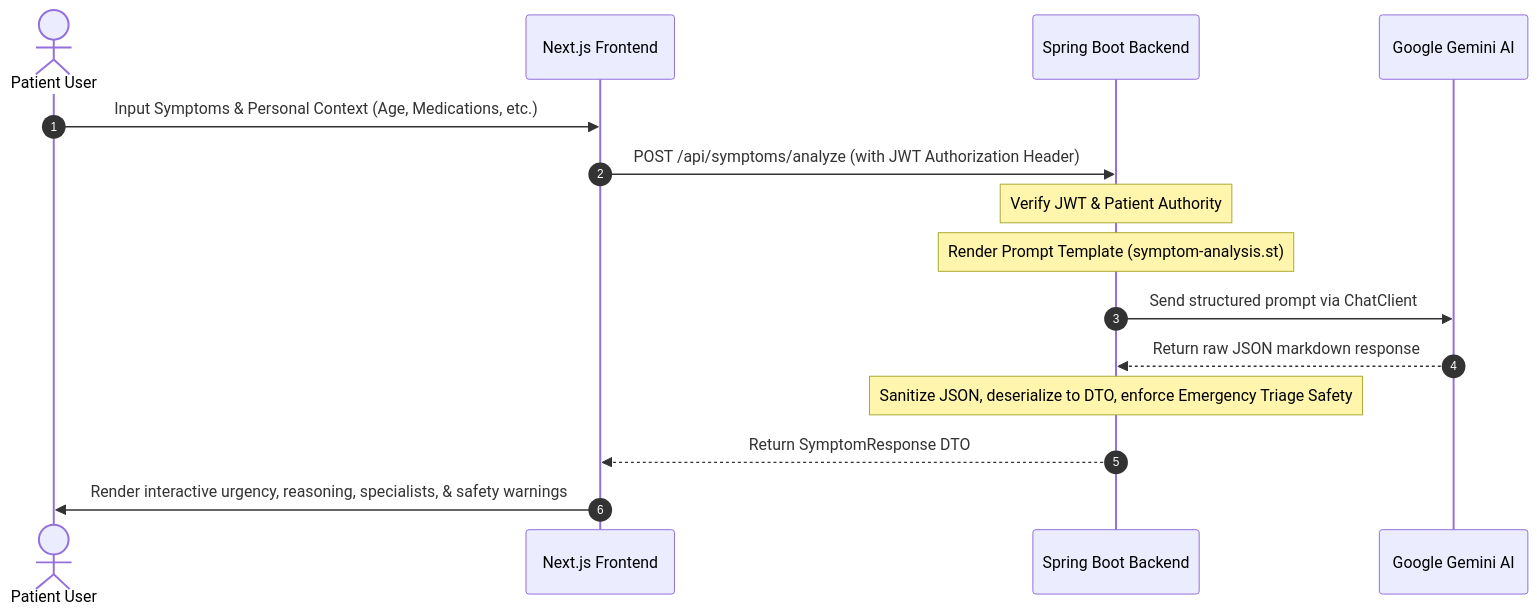
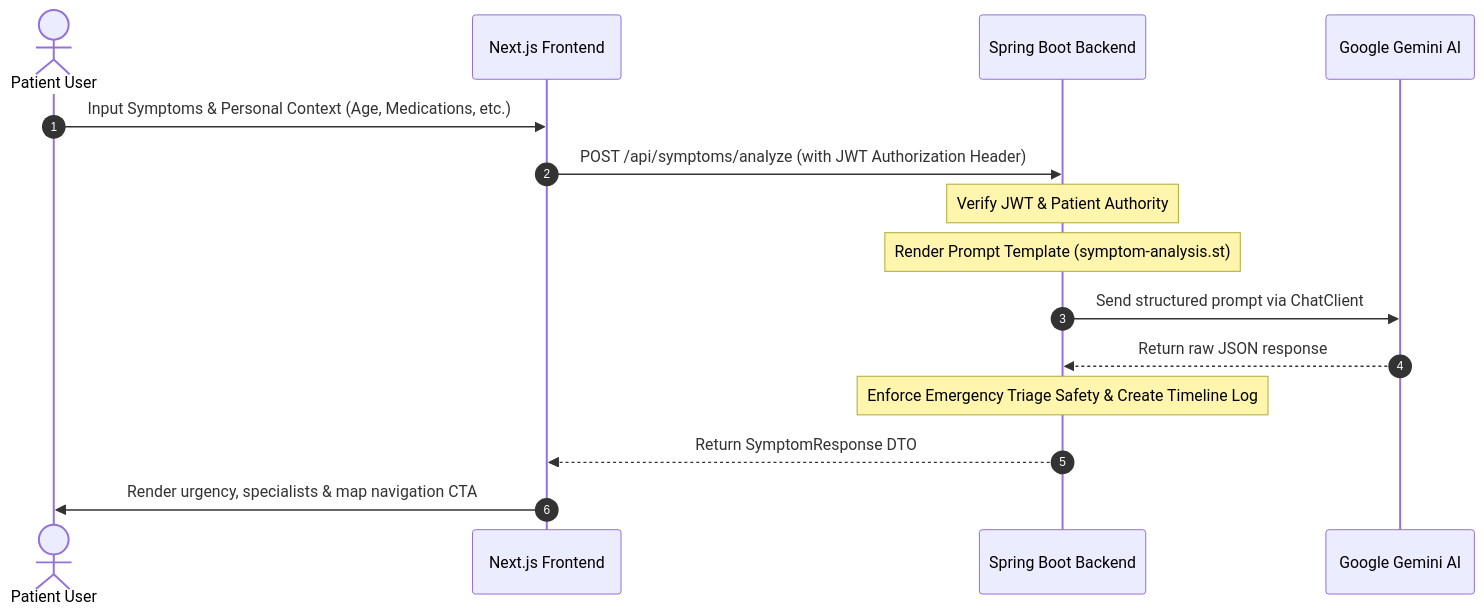
One commit to PremBorde/Medora changed the second of 2 diagrams in README.md. Above: the diagram before and after it, drawn with Mermaid. The commit also changed other lines of this file, not shown here.

Commit message:
docs: update README with Phase 1 Care Map and Phase 2 Health modules details

````diff
--- a/README.md
+++ b/README.md
@@ -19,18 +19,18 @@
 ```mermaid
 sequenceDiagram
     autonumber
     actor Patient as Patient User
     participant FE as Next.js Frontend
     participant BE as Spring Boot Backend
     participant Gemini as Google Gemini AI
 
     Patient->>FE: Input Symptoms & Personal Context (Age, Medications, etc.)
     FE->>BE: POST /api/symptoms/analyze (with JWT Authorization Header)
     Note over BE: Verify JWT & Patient Authority
     Note over BE: Render Prompt Template (symptom-analysis.st)
     BE->>Gemini: Send structured prompt via ChatClient
-    Gemini-->>BE: Return raw JSON markdown response
-    Note over BE: Sanitize JSON, deserialize to DTO, enforce Emergency Triage Safety
+    Gemini-->>BE: Return raw JSON response
+    Note over BE: Enforce Emergency Triage Safety & Create Timeline Log
     BE-->>FE: Return SymptomResponse DTO
-    FE->>Patient: Render interactive urgency, reasoning, specialists, & safety warnings
+    FE->>Patient: Render urgency, specialists & map navigation CTA
 ```
````
